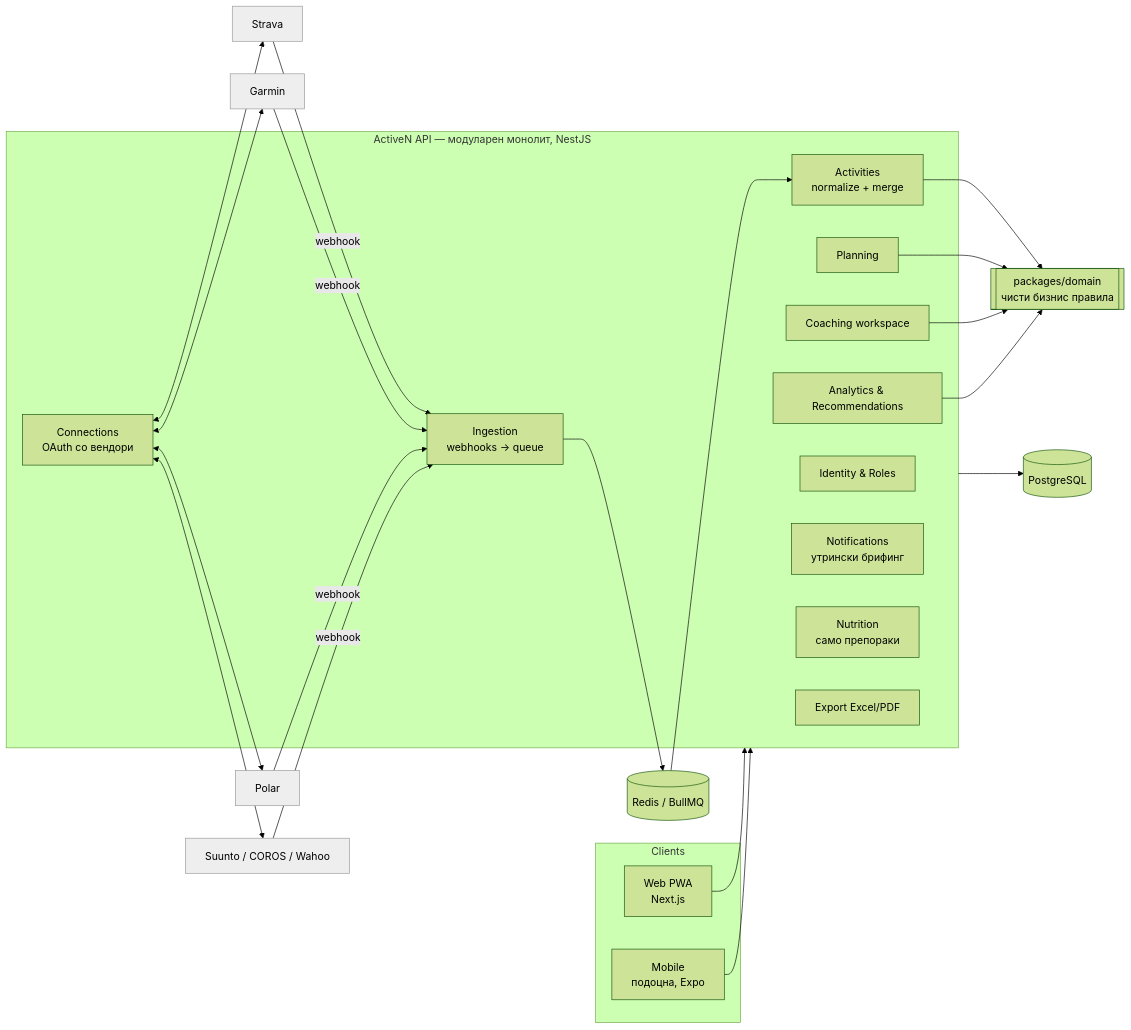
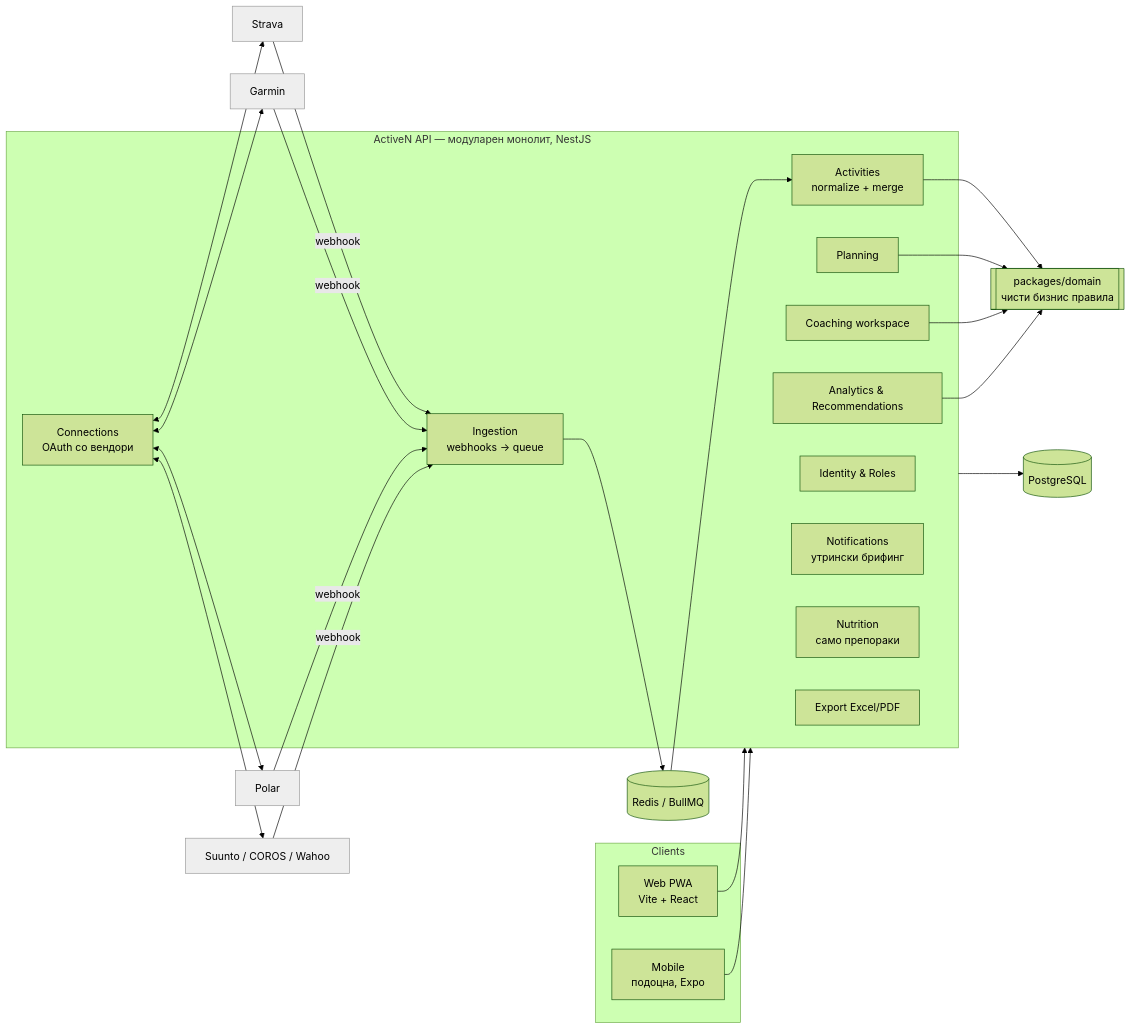
The first of 2 diagrams in docs/architecture.md (VlatkoPetrevski/activen-app), drawn with Mermaid (forest theme) before and after one commit. The commit also changed other lines of this file and 94 other files, not shown here.

````diff
--- a/docs/architecture.md
+++ b/docs/architecture.md
@@ -41,34 +41,34 @@
 ```mermaid
 flowchart LR
   subgraph Clients
-    WEB[Web PWA<br/>Next.js]
+    WEB[Web PWA<br/>Vite + React]
     MOB[Mobile<br/>подоцна, Expo]
   end
   subgraph Platform[ActiveN API — модуларен монолит, NestJS]
     ID[Identity & Roles]
     CON[Connections<br/>OAuth со вендори]
     ING[Ingestion<br/>webhooks → queue]
     ACT[Activities<br/>normalize + merge]
     PLAN[Planning]
     COACH[Coaching workspace]
     ANA[Analytics & Recommendations]
     NOTIF[Notifications<br/>утрински брифинг]
     NUT[Nutrition<br/>само препораки]
     EXP[Export Excel/PDF]
   end
   DOMAIN[[packages/domain<br/>чисти бизнис правила]]
   PG[(PostgreSQL)]
   RQ[(Redis / BullMQ)]
   V1[Strava]:::v
   V2[Garmin]:::v
   V3[Polar]:::v
   V4[Suunto / COROS / Wahoo]:::v
 
   WEB & MOB --> Platform
   V1 & V2 & V3 & V4 -- webhook --> ING
   ING --> RQ --> ACT
   CON <--> V1 & V2 & V3 & V4
   ACT & PLAN & COACH & ANA --> DOMAIN
   Platform --> PG
   classDef v fill:#eee,stroke:#999
 ```
````
